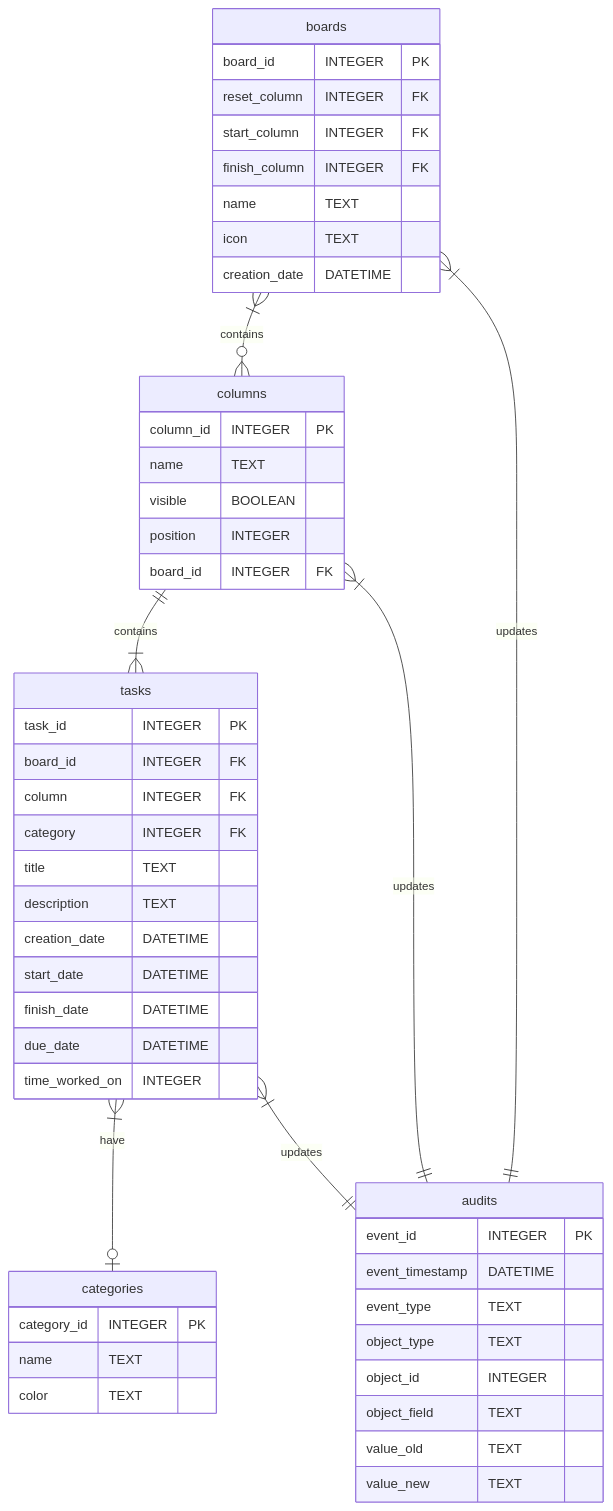
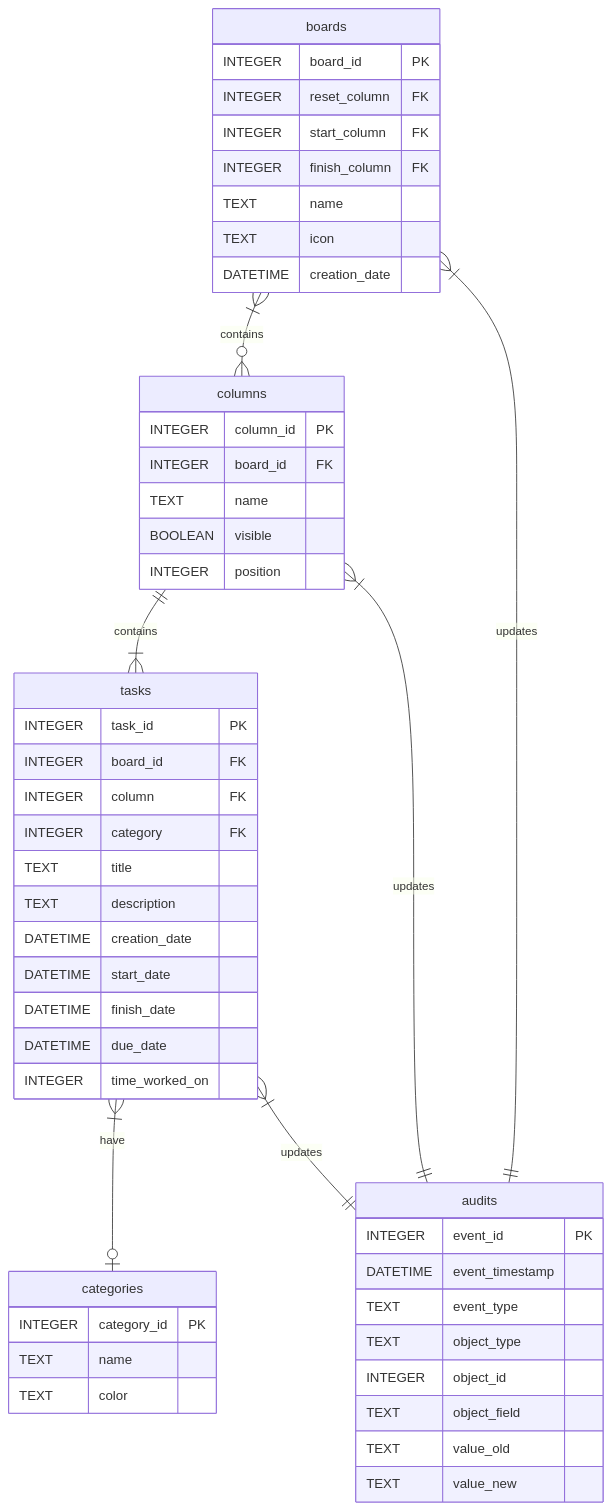
The diagram in README.md (Zaloog/kanban-tui), drawn with Mermaid before and after one commit.

Commit message:
put type in front for mermaid

````diff
--- a/README.md
+++ b/README.md
@@ -63,53 +63,53 @@
 ```mermaid
 erDiagram
     tasks }|--o| categories: have
     tasks }|--|| audits: updates
     tasks {
-        task_id INTEGER PK
-        board_id INTEGER FK
-        column INTEGER FK
-        category INTEGER FK
-        title TEXT
-        description TEXT
-        creation_date DATETIME
-        start_date DATETIME
-        finish_date DATETIME
-        due_date DATETIME
-        time_worked_on INTEGER
+        INTEGER task_id PK
+        INTEGER board_id FK
+        INTEGER column FK
+        INTEGER category FK
+        TEXT title
+        TEXT description
+        DATETIME creation_date
+        DATETIME start_date
+        DATETIME finish_date
+        DATETIME due_date
+        INTEGER time_worked_on
     }
     boards }|--o{ columns: contains
     boards }|--|| audits: updates
     boards {
-        board_id INTEGER PK
-        reset_column INTEGER FK
-        start_column INTEGER FK
-        finish_column INTEGER FK
-        name TEXT
-        icon TEXT
-        creation_date DATETIME
+        INTEGER board_id PK
+        INTEGER reset_column FK
+        INTEGER start_column FK
+        INTEGER finish_column FK
+        TEXT name
+        TEXT icon
+        DATETIME creation_date
     }
     columns ||--|{ tasks: contains
     columns }|--|| audits: updates
     columns {
-        column_id INTEGER PK
-        name TEXT
-        visible BOOLEAN
-        position INTEGER
-        board_id INTEGER FK
+        INTEGER column_id PK
+        INTEGER board_id FK
+        TEXT name
+        BOOLEAN visible
+        INTEGER position
     }
     categories {
-        category_id INTEGER PK
-        name TEXT
-        color TEXT
+        INTEGER category_id PK
+        TEXT name
+        TEXT color
     }
     audits {
-        event_id INTEGER PK
-        event_timestamp DATETIME
-        event_type TEXT
-        object_type TEXT
-        object_id INTEGER
-        object_field TEXT
-        value_old TEXT
-        value_new TEXT
+        INTEGER event_id PK
+        DATETIME event_timestamp
+        TEXT event_type
+        TEXT object_type
+        INTEGER object_id
+        TEXT object_field
+        TEXT value_old
+        TEXT value_new
     }
 ```
````
